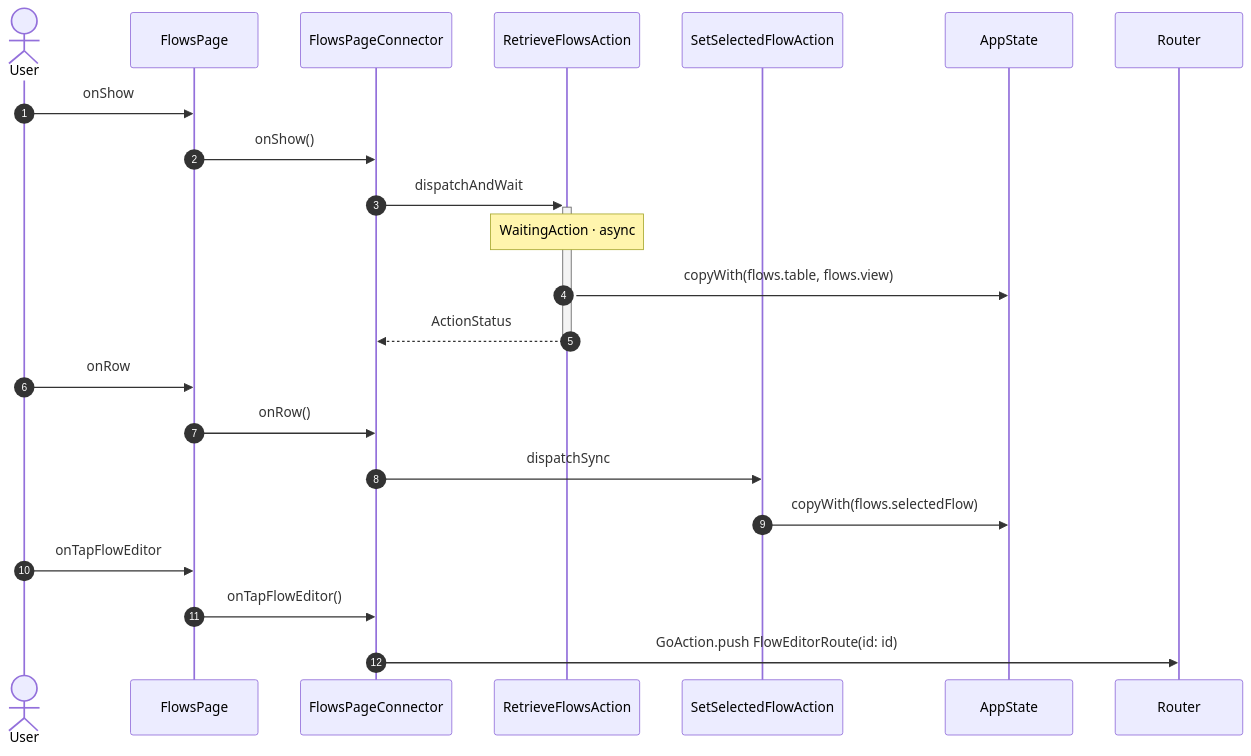
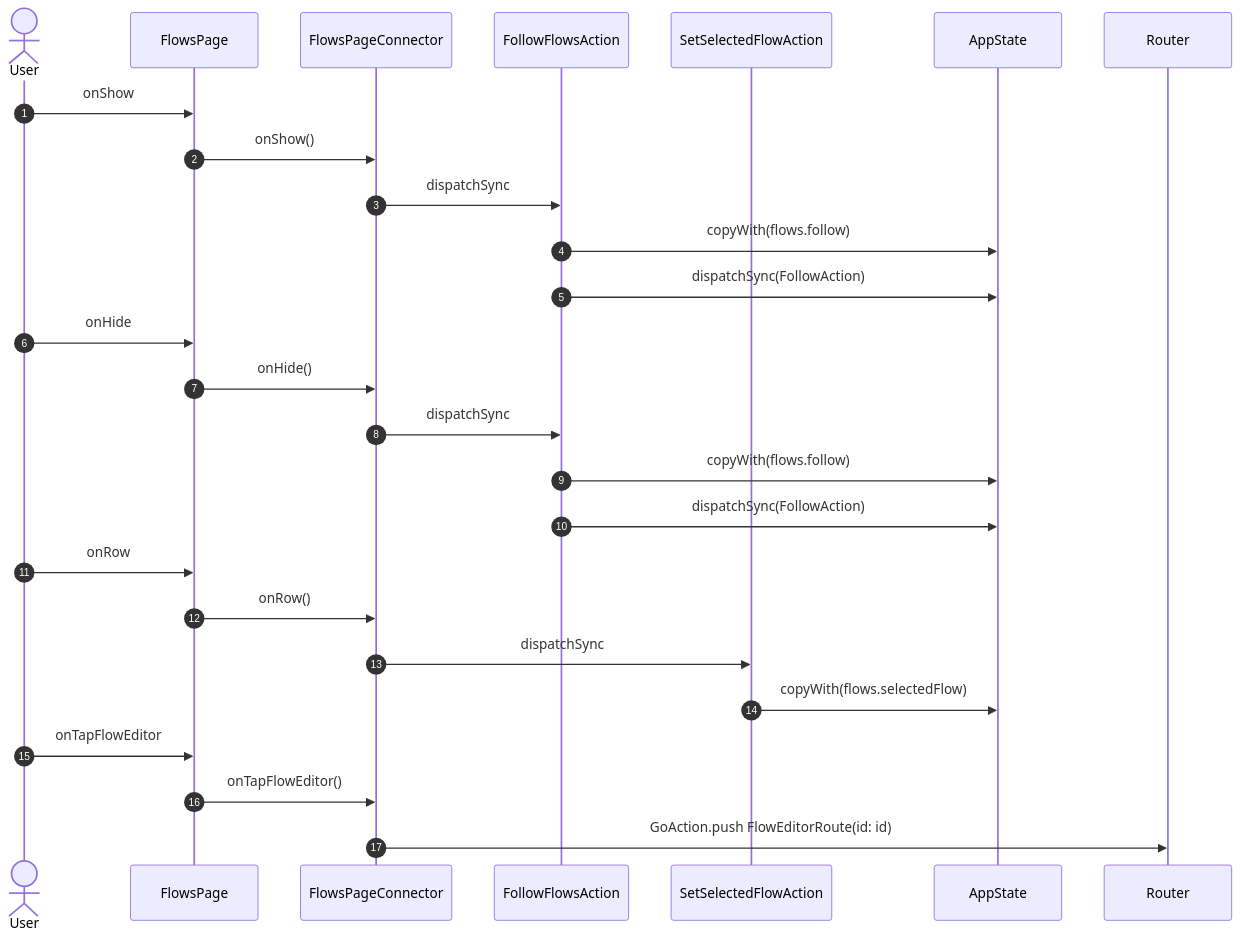
The diagram in studio/docs/flows/flows.md (gencto/wyrm), drawn with Mermaid before and after one commit. The commit also changed other lines of this file and 44 other files, not shown here.

First line of the commit message:
studio: History, Flows and Access keep their data fresh while shown

````diff
--- a/studio/docs/flows/flows.md
+++ b/studio/docs/flows/flows.md
@@ -7,27 +7,32 @@
 ```mermaid
 sequenceDiagram
     autonumber
     actor User
     participant UI as FlowsPage
     participant VM as FlowsPageConnector
-    participant A1 as RetrieveFlowsAction
+    participant A1 as FollowFlowsAction
     participant A2 as SetSelectedFlowAction
     participant ST as AppState
     participant NAV as Router
 
     User->>UI: onShow
     UI->>VM: onShow()
-    VM->>+A1: dispatchAndWait
-    Note over A1: WaitingAction · async
-    A1->>ST: copyWith(flows.table, flows.view)
-    A1-->>-VM: ActionStatus
+    VM->>A1: dispatchSync
+    A1->>ST: copyWith(flows.follow)
+    A1->>ST: dispatchSync(FollowAction)
+
+    User->>UI: onHide
+    UI->>VM: onHide()
+    VM->>A1: dispatchSync
+    A1->>ST: copyWith(flows.follow)
+    A1->>ST: dispatchSync(FollowAction)
 
     User->>UI: onRow
     UI->>VM: onRow()
     VM->>A2: dispatchSync
     A2->>ST: copyWith(flows.selectedFlow)
 
     User->>UI: onTapFlowEditor
     UI->>VM: onTapFlowEditor()
     VM->>NAV: GoAction.push FlowEditorRoute(id: id)
 ```
````
